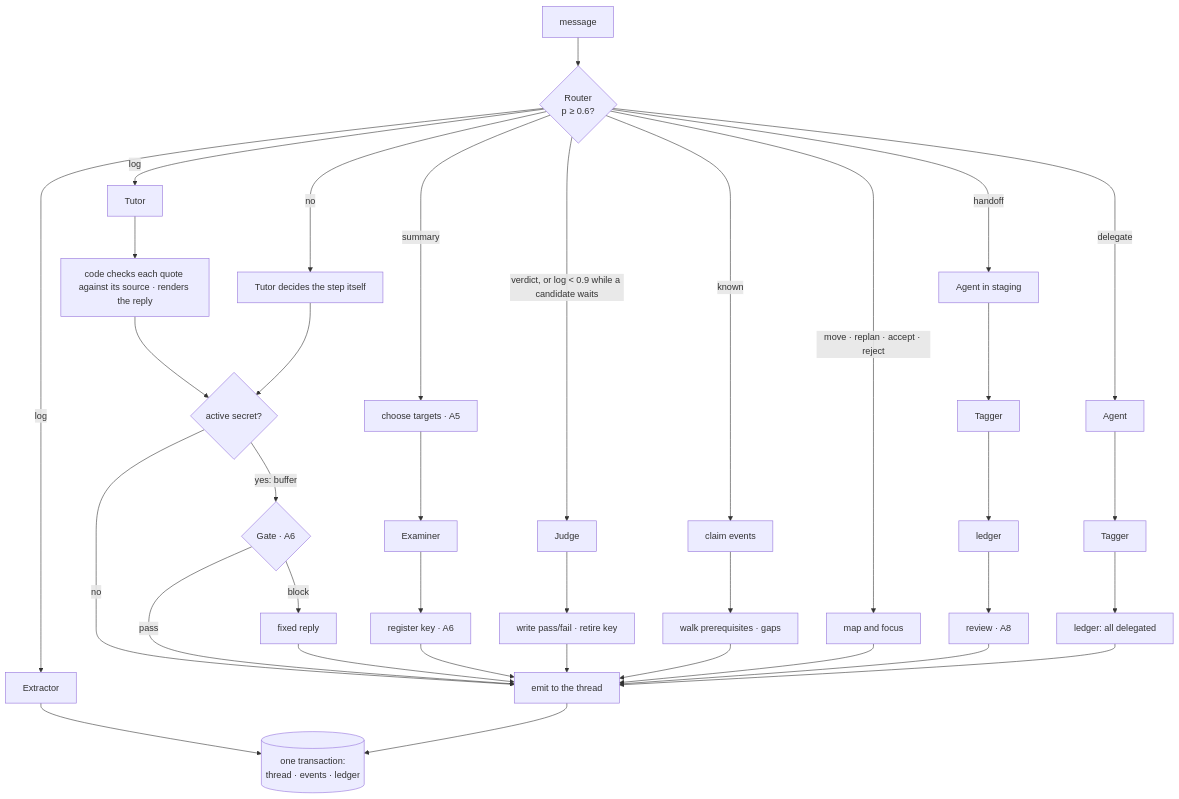
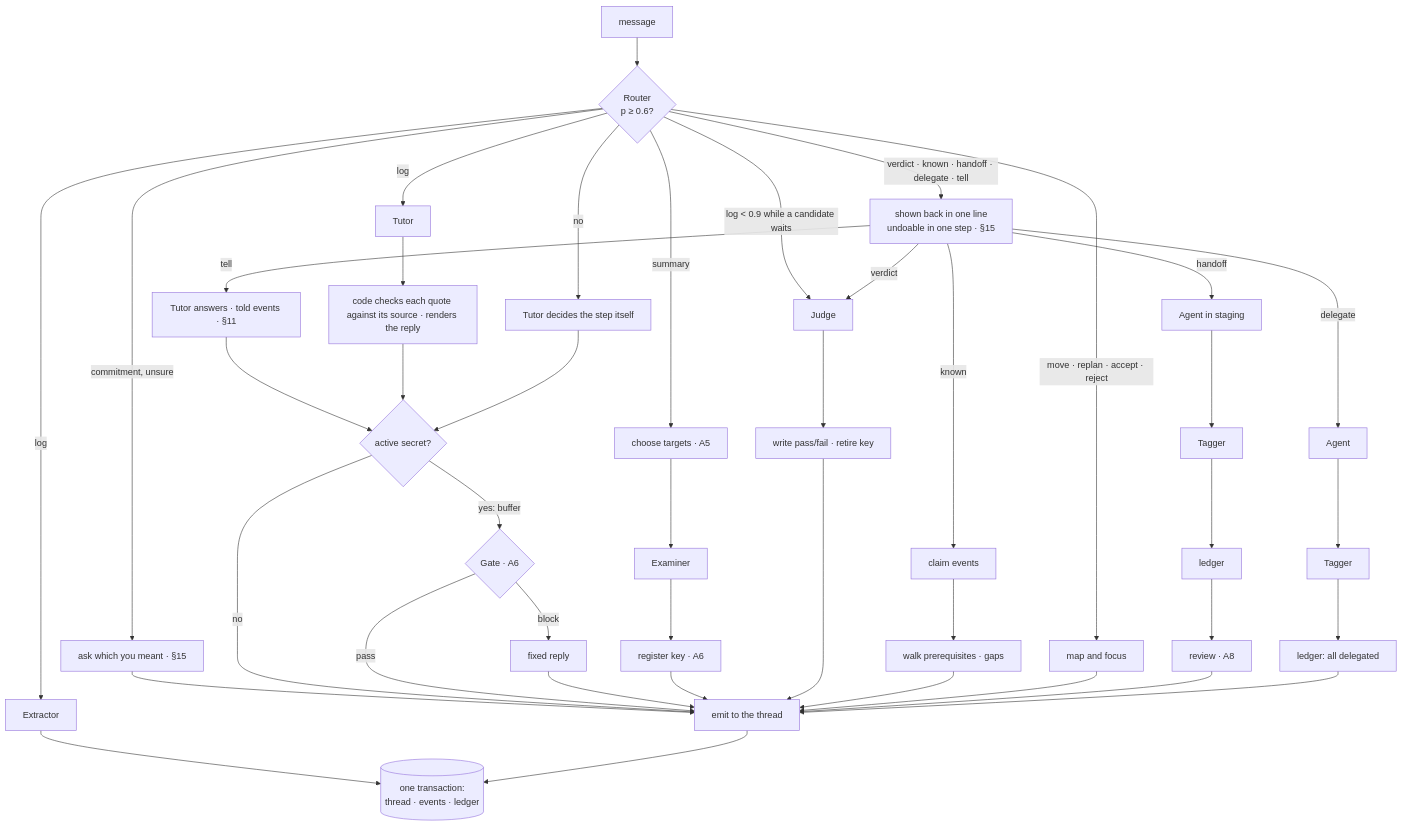
Before and after one commit to lprsrts/pathfinder: the second of 13 diagrams in docs/theory.md, drawn with Mermaid. The commit also changed other lines of this file, not shown here.

Commit message:
Make plain language and an exact next step with a loose horizon canonical theory

````diff
--- a/docs/theory.md
+++ b/docs/theory.md
@@ -208,26 +236,31 @@
 ```mermaid
 flowchart TD
     M[message] --> R{Router<br/>p ≥ 0.6?}
     R -->|no| F[Tutor decides the step itself]
+    R -->|"commitment, unsure"| Q[ask which you meant · §15] --> OUT
     R -->|log| X[Extractor] & T[Tutor]
     R -->|summary| S[choose targets · A5] --> E[Examiner] --> K[register key · A6]
-    R -->|"verdict, or log < 0.9 while a candidate waits"| J[Judge] --> RT[write pass/fail · retire key]
-    R -->|known| C[claim events] --> GP[walk prerequisites · gaps]
+    R -->|"verdict · known · handoff · delegate · tell"| SB[shown back in one line<br/>undoable in one step · §15]
+    R -->|"log < 0.9 while a candidate waits"| J
+    SB -->|verdict| J[Judge] --> RT[write pass/fail · retire key]
+    SB -->|known| C[claim events] --> GP[walk prerequisites · gaps]
+    SB -->|tell| TL[Tutor answers · told events · §11]
     R -->|move · replan · accept · reject| MV[map and focus]
-    R -->|handoff| AH[Agent in staging] --> TH[Tagger] --> LH[ledger] --> RV[review · A8]
-    R -->|delegate| AD[Agent] --> TD[Tagger] --> LD[ledger: all delegated]
+    SB -->|handoff| AH[Agent in staging] --> TH[Tagger] --> LH[ledger] --> RV[review · A8]
+    SB -->|delegate| AD[Agent] --> TD[Tagger] --> LD[ledger: all delegated]
+    TL --> AS
     T --> V[code checks each quote against its source · renders the reply] --> AS{active secret?}
     AS -->|no| OUT
     AS -->|yes: buffer| GT{Gate · A6}
     GT -->|pass| OUT
     GT -->|block| FX[fixed reply] --> OUT
     X --> TX
     K --> OUT
     RT --> OUT
     GP --> OUT
     MV --> OUT
     RV --> OUT
     LD --> OUT
     F --> AS
     OUT[emit to the thread] --> TX[(one transaction:<br/>thread · events · ledger)]
 ```
````
